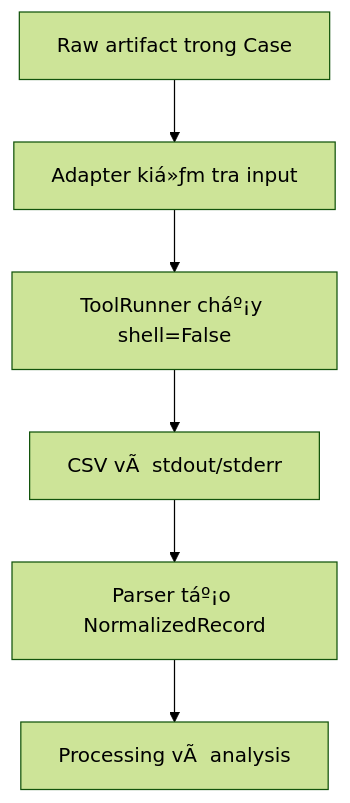
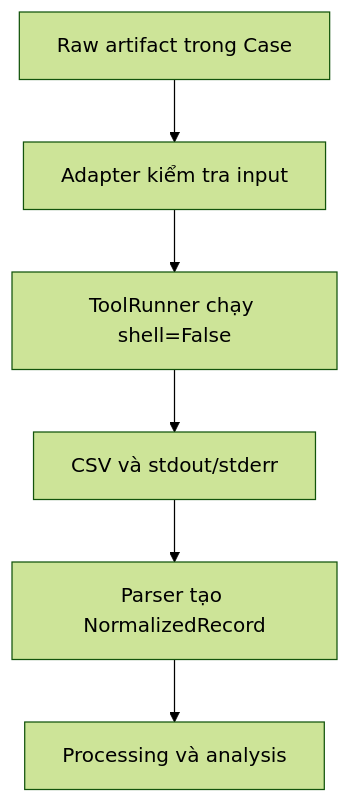
The diagram in docs/tool_integrations.md (phuc543yl/windows-incident-analysis), drawn with Mermaid (forest theme) before and after one commit. The commit also changed other lines of this file and 76 other files, not shown here.

````diff
--- a/docs/tool_integrations.md
+++ b/docs/tool_integrations.md
@@ -84,8 +85,8 @@
 ```mermaid
 flowchart TD
-    A["Raw artifact trong Case"] --> B["Adapter kiá»ƒm tra input"]
-    B --> C["ToolRunner cháº¡y shell=False"]
-    C --> D["CSV vÃ  stdout/stderr"]
-    D --> E["Parser táº¡o NormalizedRecord"]
-    E --> F["Processing vÃ  analysis"]
+    A["Raw artifact trong Case"] --> B["Adapter kiểm tra input"]
+    B --> C["ToolRunner chạy shell=False"]
+    C --> D["CSV và stdout/stderr"]
+    D --> E["Parser tạo NormalizedRecord"]
+    E --> F["Processing và analysis"]
 ```
````
